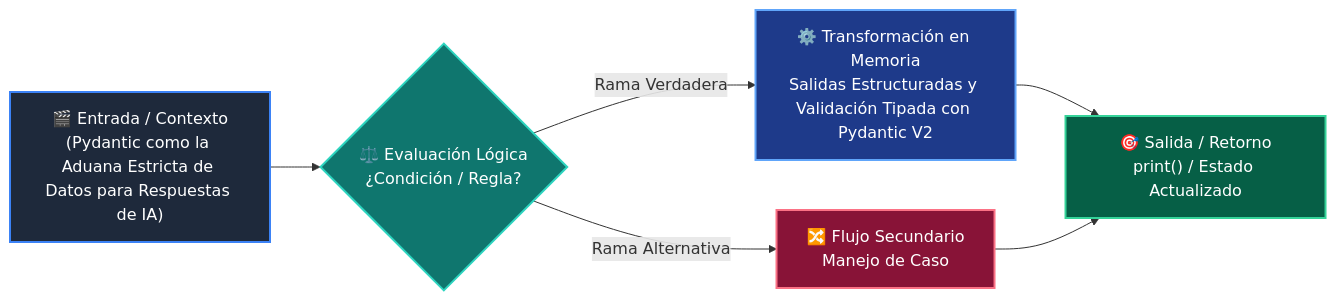
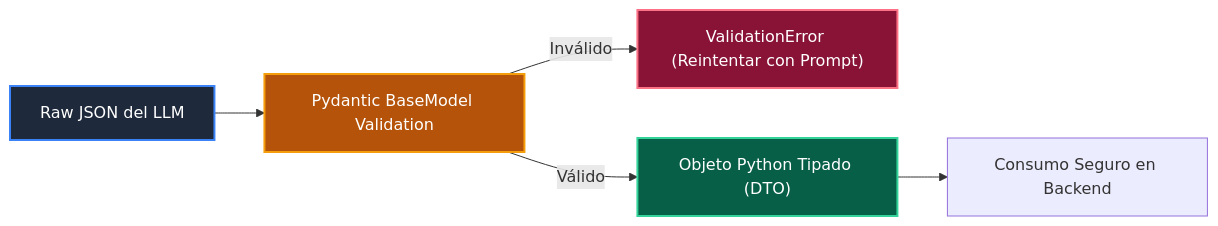
The diagram in 03-agentes-ia/clase-03-salidas-estructuradas-pydantic/README.md (wisrovi/wisrovi-python), drawn with Mermaid before and after one commit. The commit also changed other lines of this file and 271 other files, not shown here.

Commit message:
docs: rewrite all README.md files with bespoke topic-specific Mermaid diagrams and remove repetitive boilerplate

````diff
--- a/03-agentes-ia/clase-03-salidas-estructuradas-pydantic/README.md
+++ b/03-agentes-ia/clase-03-salidas-estructuradas-pydantic/README.md
@@ -35,14 +12,12 @@
 ```mermaid
 flowchart LR
-    A["🎬 Entrada / Contexto<br/>(Pydantic como la Aduana Estricta de Datos para Respuestas de IA)"] --> B{"⚖️ Evaluación Lógica<br/>¿Condición / Regla?"}
-    B -->|Rama Verdadera| C["⚙️ Transformación en Memoria<br/>Salidas Estructuradas y Validación Tipada con Pydantic V2"]
-    B -->|Rama Alternativa| D["🔀 Flujo Secundario<br/>Manejo de Caso"]
-    C --> E["🎯 Salida / Retorno<br/>print() / Estado Actualizado"]
-    D --> E
+    RAW["Raw JSON del LLM"] --> PYD["Pydantic BaseModel Validation"]
+    PYD -->|Inválido| ERR["ValidationError (Reintentar con Prompt)"]
+    PYD -->|Válido| DTO["Objeto Python Tipado (DTO)"]
+    DTO --> APP["Consumo Seguro en Backend"]
 
-    style A fill:#1e293b,color:#ffffff,stroke:#3b82f6,stroke-width:2px
-    style B fill:#0f766e,color:#ffffff,stroke:#2dd4bf,stroke-width:2px
-    style C fill:#1e3a8a,color:#ffffff,stroke:#60a5fa,stroke-width:2px
-    style D fill:#881337,color:#ffffff,stroke:#fb7185,stroke-width:2px
-    style E fill:#065f46,color:#ffffff,stroke:#34d399,stroke-width:2px
+    style RAW fill:#1e293b,color:#fff,stroke:#3b82f6,stroke-width:2px
+    style PYD fill:#b45309,color:#fff,stroke:#f59e0b,stroke-width:2px
+    style ERR fill:#881337,color:#fff,stroke:#fb7185,stroke-width:2px
+    style DTO fill:#065f46,color:#fff,stroke:#34d399,stroke-width:2px
 ```
````
